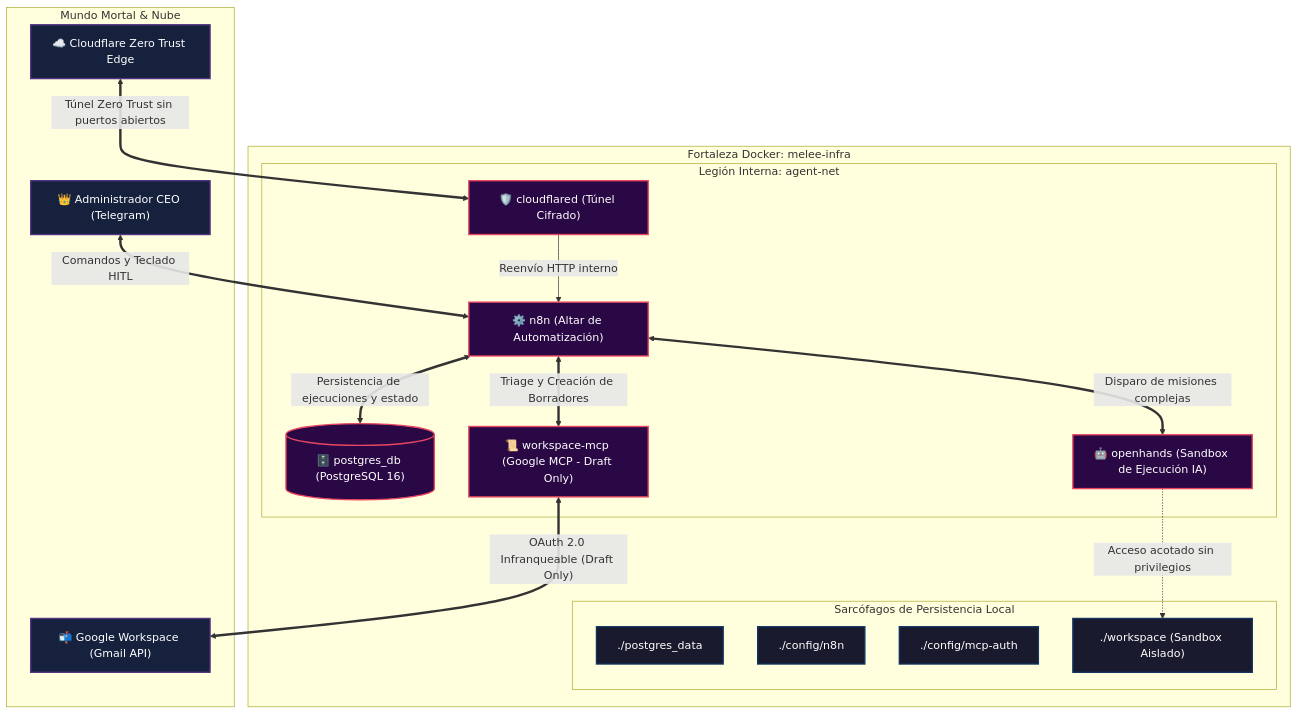
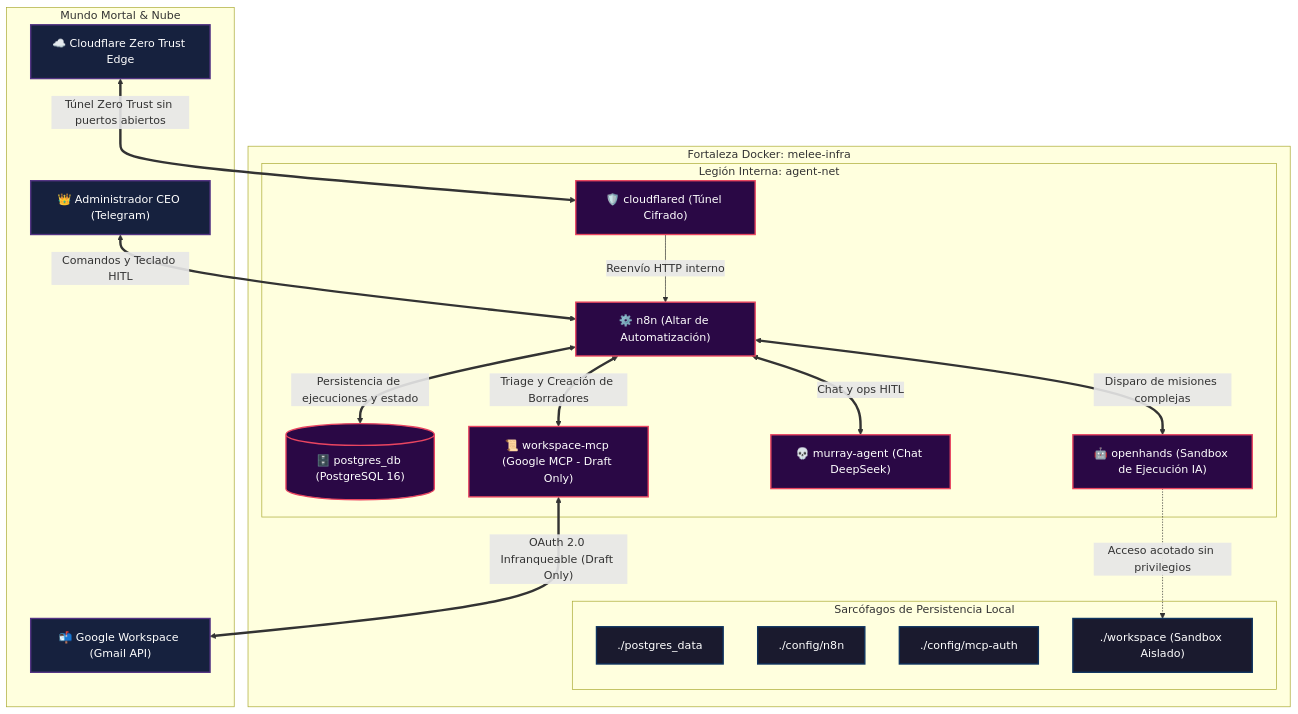
Before and after one commit to murray-threepwood/melee-infra: the diagram in README.md, drawn with Mermaid. The commit also changed other lines of this file and 27 other files, not shown here.

First line of the commit message:
feat(telegram): murray-agent DeepSeek en el mismo bot; ops solo con HITL

````diff
--- a/README.md
+++ b/README.md
@@ -16,41 +16,43 @@
 ```mermaid
 flowchart TD
     subgraph Exterior [Mundo Mortal & Nube]
         CEO["👑 Administrador CEO (Telegram)"]
         GmailExt["📬 Google Workspace (Gmail API)"]
         CFEdge["☁️ Cloudflare Zero Trust Edge"]
     end
 
     subgraph Host [Fortaleza Docker: melee-infra]
         subgraph Net [Legión Interna: agent-net]
             CFDaemon["🛡️ cloudflared (Túnel Cifrado)"]
             N8N["⚙️ n8n (Altar de Automatización)"]
             Postgres[("🗄️ postgres_db (PostgreSQL 16)")]
             MCP["📜 workspace-mcp (Google MCP - Draft Only)"]
+            Murray["💀 murray-agent (Chat DeepSeek)"]
             OH["🤖 openhands (Sandbox de Ejecución IA)"]
         end
 
         subgraph Storage [Sarcófagos de Persistencia Local]
             VolPG["./postgres_data"]
             VolN8N["./config/n8n"]
             VolMCP["./config/mcp-auth"]
             VolWork["./workspace (Sandbox Aislado)"]
         end
     end
 
     CFEdge <==>|Túnel Zero Trust sin puertos abiertos| CFDaemon
     CFDaemon -->|Reenvío HTTP interno| N8N
     CEO <==>|Comandos y Teclado HITL| N8N
     N8N <==>|Persistencia de ejecuciones y estado| Postgres
     N8N <==>|Triage y Creación de Borradores| MCP
+    N8N <==>|Chat y ops HITL| Murray
     N8N <==>|Disparo de misiones complejas| OH
     MCP <==>|"OAuth 2.0 Infranqueable (Draft Only)"| GmailExt
     OH -.->|Acceso acotado sin privilegios| VolWork
 
     classDef demon fill:#2a0845,stroke:#e94560,stroke-width:2px,color:#fff;
     classDef storage fill:#1a1a2e,stroke:#0f3460,stroke-width:2px,color:#fff;
     classDef mortal fill:#16213e,stroke:#533483,stroke-width:2px,color:#fff;
-    class CFDaemon,N8N,Postgres,MCP,OH demon;
+    class CFDaemon,N8N,Postgres,MCP,Murray,OH demon;
     class VolPG,VolN8N,VolMCP,VolWork storage;
     class CEO,GmailExt,CFEdge mortal;
 ```
````
